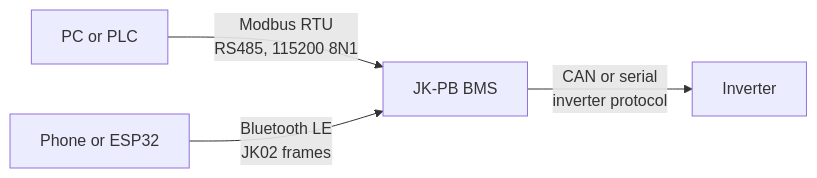
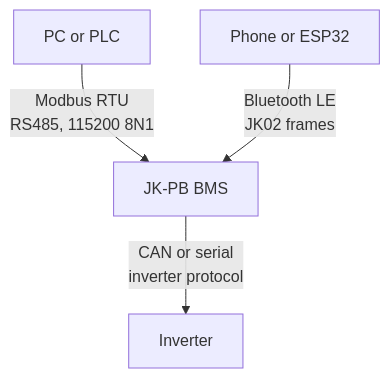
Before and after one commit to thebitrock/jkbms: the diagram in README.md, drawn with Mermaid.

Commit message:
README: draw the interface diagram top-down
GitHub puts its zoom controls over the right edge of a wide, short diagram.

Claude-Session: https://claude.ai/code/session_018LaJBLUwTAUwPyDAqg9neZ

````diff
--- a/README.md
+++ b/README.md
@@ -51,6 +51,6 @@
 ```mermaid
-flowchart LR
+flowchart TD
     M["PC or PLC"] -- "Modbus RTU<br/>RS485, 115200 8N1" --> BMS
     B["Phone or ESP32"] -- "Bluetooth LE<br/>JK02 frames" --> BMS
     BMS["JK-PB BMS"] -- "CAN or serial<br/>inverter protocol" --> INV["Inverter"]
 ```
````
